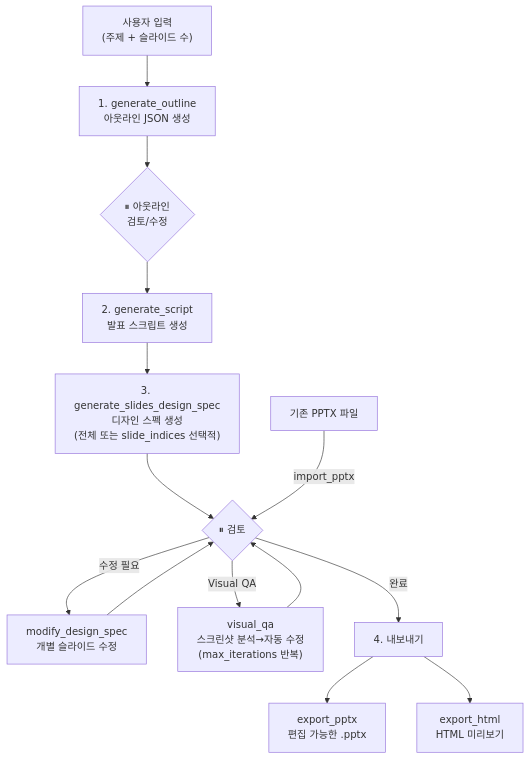
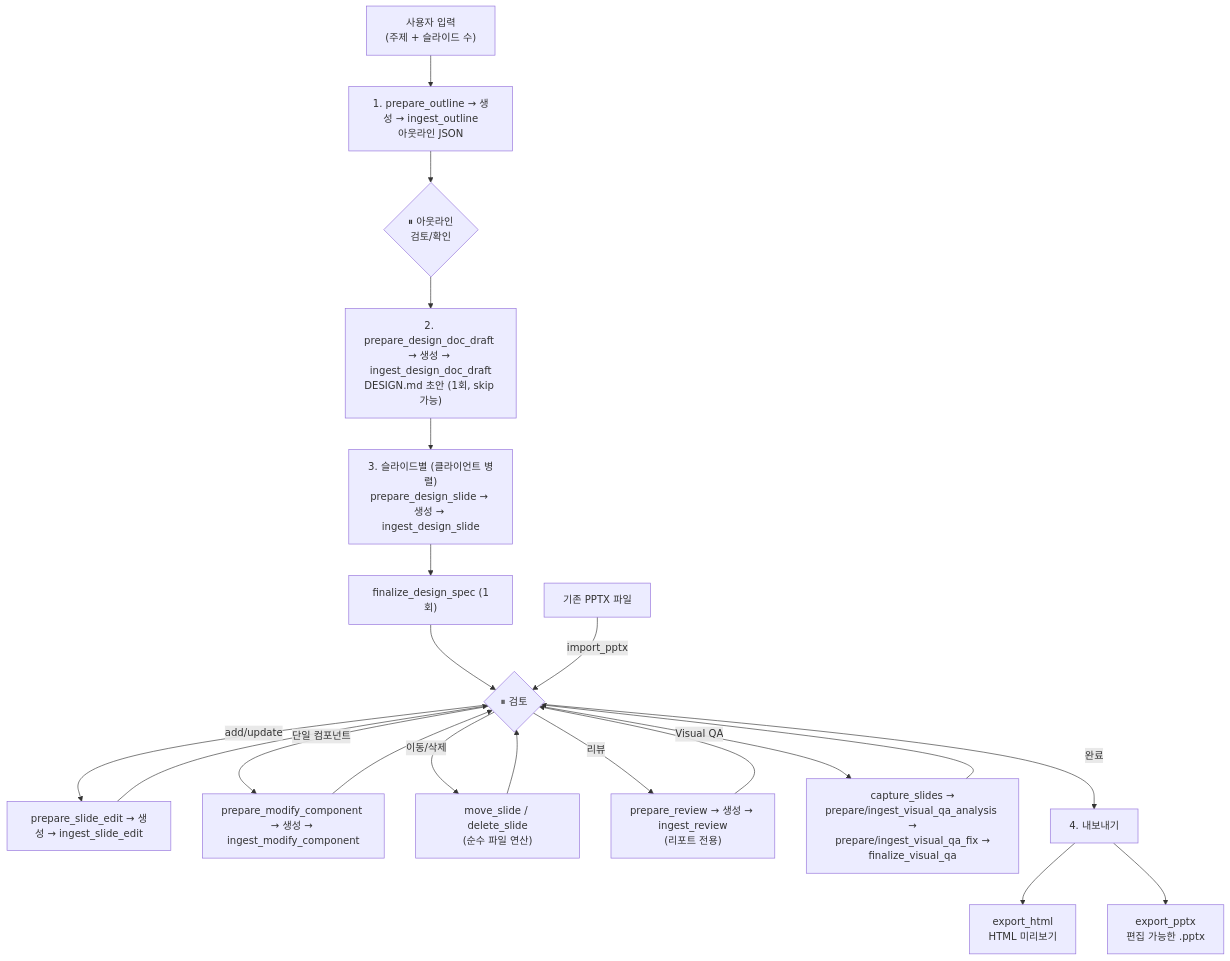
Before and after one commit to haandol/ppt-generator: the third of 3 diagrams in docs/harness/architecture.md, drawn with Mermaid. The commit also changed other lines of this file and 63 other files, not shown here.

First line of the commit message:
feat(offload): LLM 생성을 클라이언트로 오프로딩 (prepare/ingest 핸드셰이크 + 플러그인·스킬)

````diff
--- a/docs/harness/architecture.md
+++ b/docs/harness/architecture.md
@@ -34,17 +58,24 @@
 ```mermaid
 flowchart TD
-    A["사용자 입력\n(주제 + 슬라이드 수)"] --> B["1. generate_outline\n아웃라인 JSON 생성"]
-    B --> C{"⏸ 아웃라인\n검토/수정"}
-    C --> D["2. generate_script\n발표 스크립트 생성"]
-    D --> E["3. generate_slides_design_spec\n디자인 스펙 생성\n(전체 또는 slide_indices 선택적)"]
-    E --> F{"⏸ 검토"}
-    F -->|"수정 필요"| G["modify_design_spec\n개별 슬라이드 수정"]
-    G --> F
-    F -->|"Visual QA"| V["visual_qa\n스크린샷 분석→자동 수정\n(max_iterations 반복)"]
-    V --> F
-    F -->|"완료"| H["4. 내보내기"]
-    H --> I["export_pptx\n편집 가능한 .pptx"]
-    H --> J["export_html\nHTML 미리보기"]
+    A["사용자 입력\n(주제 + 슬라이드 수)"] --> B["1. prepare_outline → 생성 → ingest_outline\n아웃라인 JSON"]
+    B --> C{"⏸ 아웃라인\n검토/확인"}
+    C --> D["2. prepare_design_doc_draft → 생성 → ingest_design_doc_draft\nDESIGN.md 초안 (1회, skip 가능)"]
+    D --> E["3. 슬라이드별 (클라이언트 병렬)\nprepare_design_slide → 생성 → ingest_design_slide"]
+    E --> F["finalize_design_spec (1회)"]
+    F --> G{"⏸ 검토"}
+    G -->|"add/update"| H["prepare_slide_edit → 생성 → ingest_slide_edit"]
+    H --> G
+    G -->|"단일 컴포넌트"| M["prepare_modify_component → 생성 → ingest_modify_component"]
+    M --> G
+    G -->|"이동/삭제"| O["move_slide / delete_slide\n(순수 파일 연산)"]
+    O --> G
+    G -->|"리뷰"| R["prepare_review → 생성 → ingest_review\n(리포트 전용)"]
+    R --> G
+    G -->|"Visual QA"| V["capture_slides →\nprepare/ingest_visual_qa_analysis →\nprepare/ingest_visual_qa_fix →\nfinalize_visual_qa"]
+    V --> G
+    G -->|"완료"| I["4. 내보내기"]
+    I --> J["export_html\nHTML 미리보기"]
+    I --> K["export_pptx\n편집 가능한 .pptx"]
 
-    K["기존 PPTX 파일"] -->|"import_pptx"| F
+    L["기존 PPTX 파일"] -->|"import_pptx"| G
 ```
````
